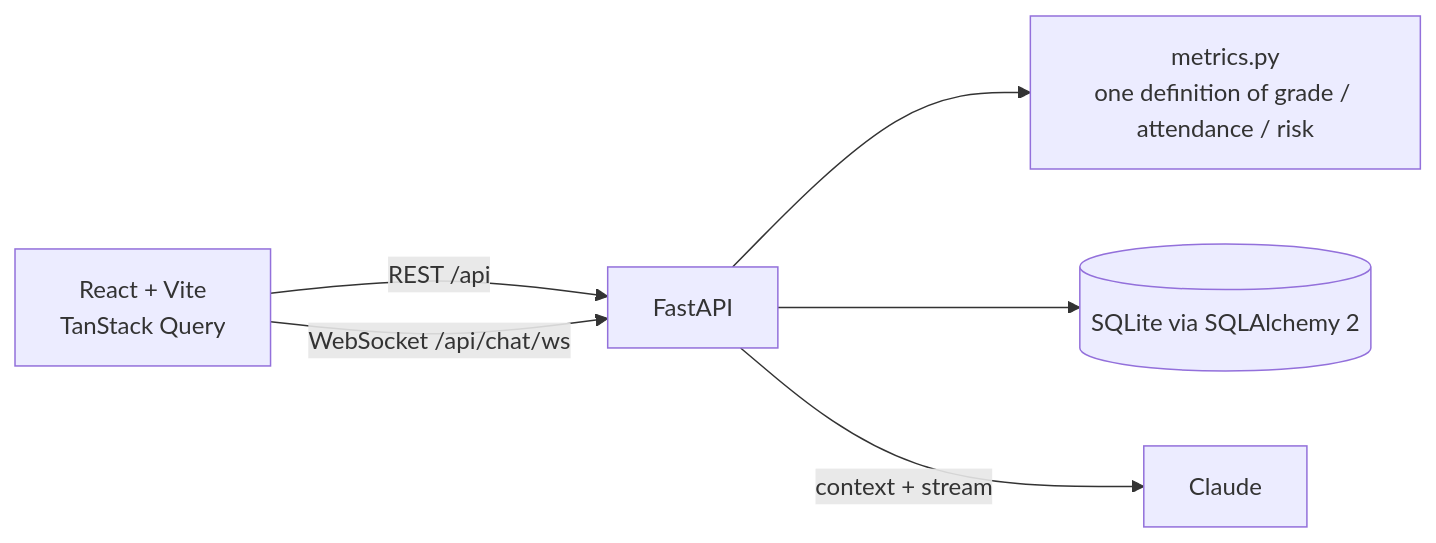
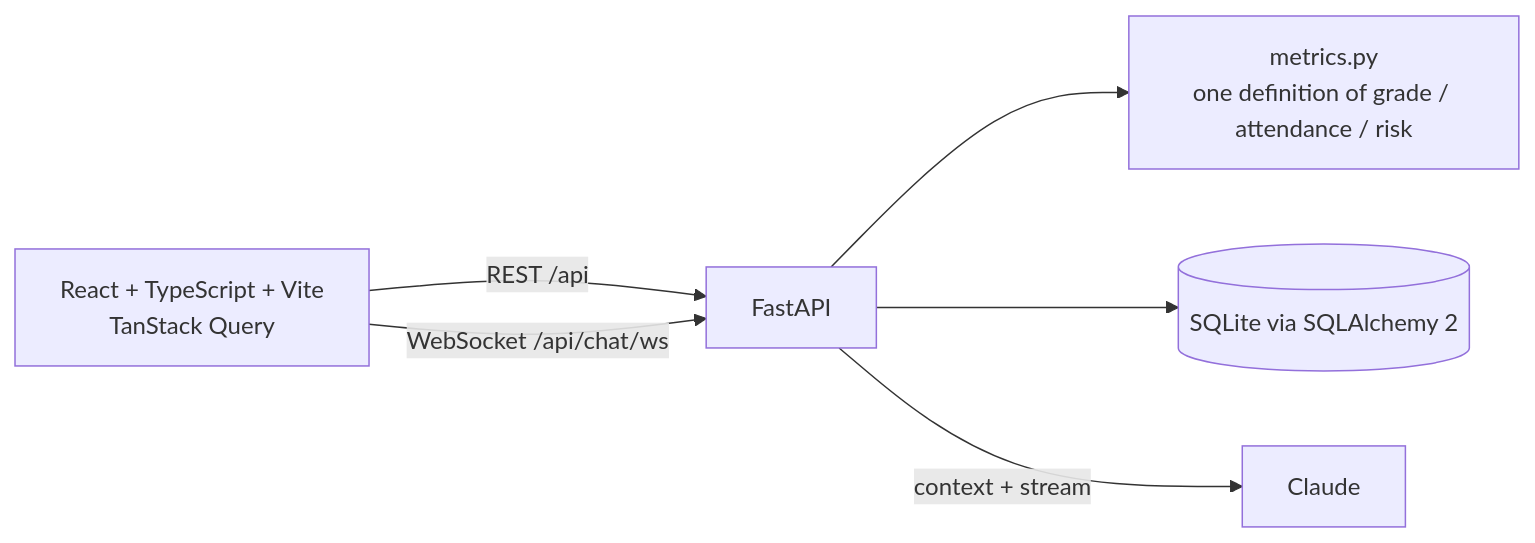
One commit to jckail/superteacher changed the diagram in README.md. Above: the diagram before and after it, drawn with Mermaid. The commit also changed other lines of this file and 147 other files, not shown here.

Commit message:
Overhaul app with TypeScript, safer grading, bounded AI and recovery tools

````diff
--- a/README.md
+++ b/README.md
@@ -17,8 +17,8 @@
 ```mermaid
 flowchart LR
-  UI[React + Vite<br/>TanStack Query] -- REST /api --> API[FastAPI]
+  UI[React + TypeScript + Vite<br/>TanStack Query] -- REST /api --> API[FastAPI]
   UI -- WebSocket /api/chat/ws --> API
   API --> M[metrics.py<br/>one definition of grade / attendance / risk]
   API --> DB[(SQLite via SQLAlchemy 2)]
   API -- context + stream --> C[Claude]
 ```
````
